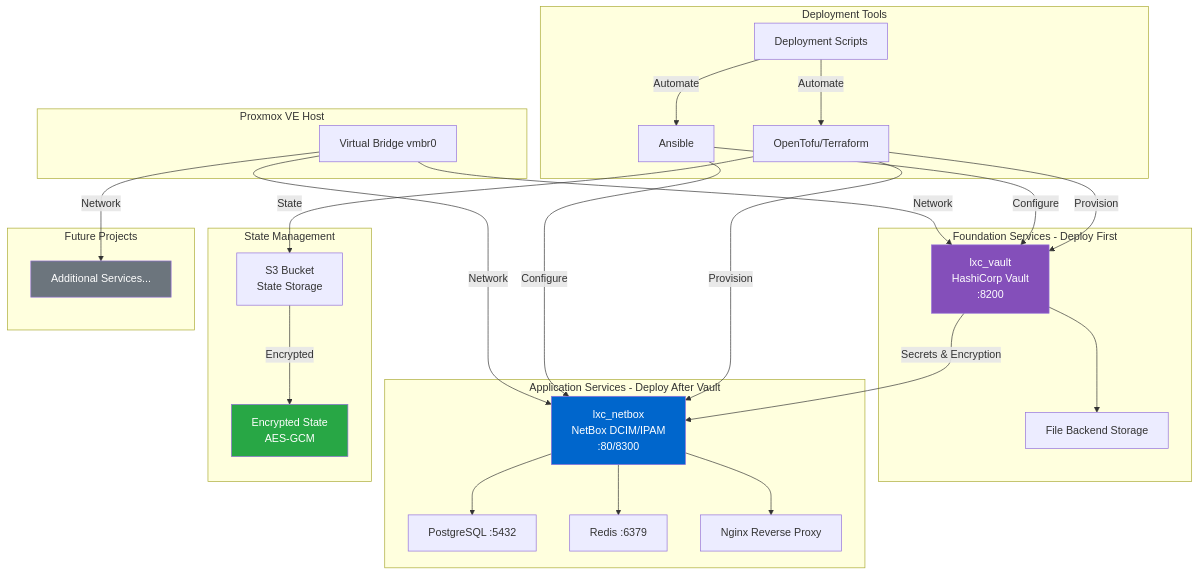
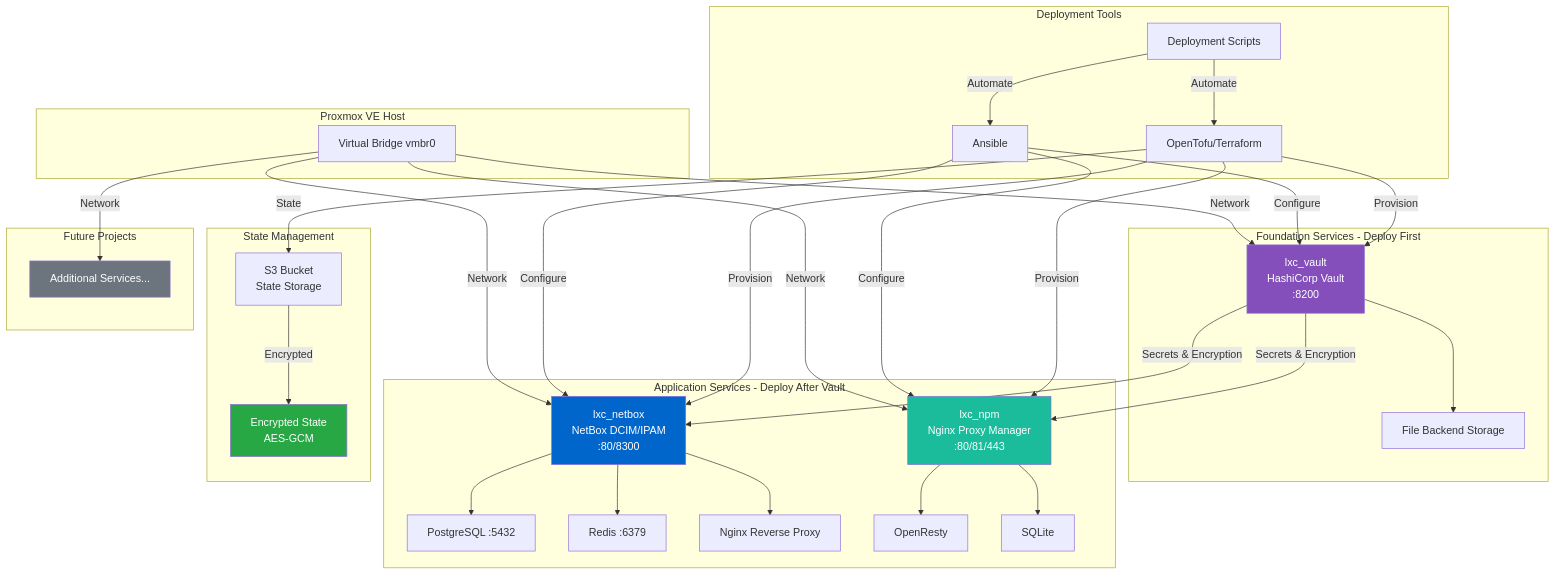
The first of 2 diagrams in README.md (jegorik/HomeLab-Proxmox-Restructured-), drawn with Mermaid before and after one commit. The commit also changed other lines of this file and 32 other files, not shown here.

Commit message:
lxc_npm project implementation. Various fixes around projects.

````diff
--- a/README.md
+++ b/README.md
@@ -35,60 +35,71 @@
 ```mermaid
 graph TB
     subgraph "Deployment Tools"
         A[OpenTofu/Terraform]
         B[Ansible]
         C[Deployment Scripts]
     end
     
     subgraph "Proxmox VE Host"
         D[Virtual Bridge vmbr0]
     end
     
     subgraph "Foundation Services - Deploy First"
         E[lxc_vault<br/>HashiCorp Vault<br/>:8200]
         E1[File Backend Storage]
     end
     
     subgraph "Application Services - Deploy After Vault"
         F[lxc_netbox<br/>NetBox DCIM/IPAM<br/>:80/8300]
         F1[PostgreSQL :5432]
         F2[Redis :6379]
         F3[Nginx Reverse Proxy]
+        NPM[lxc_npm<br/>Nginx Proxy Manager<br/>:80/81/443]
+        NPM1[OpenResty]
+        NPM2[SQLite]
     end
     
     subgraph "State Management"
         G[S3 Bucket<br/>State Storage]
         H[Encrypted State<br/>AES-GCM]
     end
     
     subgraph "Future Projects"
         I[Additional Services...]
     end
     
     A -->|Provision| E
     A -->|Provision| F
+    A -->|Provision| NPM
     A -->|State| G
     G -->|Encrypted| H
     
     B -->|Configure| E
     B -->|Configure| F
+    B -->|Configure| NPM
     
     C -->|Automate| A
     C -->|Automate| B
     
     E --> E1
     E -->|Secrets & Encryption| F
+    E -->|Secrets & Encryption| NPM
     
     F --> F1
     F --> F2
     F --> F3
     
+    NPM --> NPM1
+    NPM --> NPM2
+    
     D -->|Network| E
     D -->|Network| F
+    D -->|Network| NPM
     D -->|Network| I
     
     style E fill:#844fba,color:#fff
     style F fill:#0066cc,color:#fff
+    style NPM fill:#1abc9c,color:#fff
     style H fill:#28a745,color:#fff
     style I fill:#6c757d,color:#fff
 ```
````
